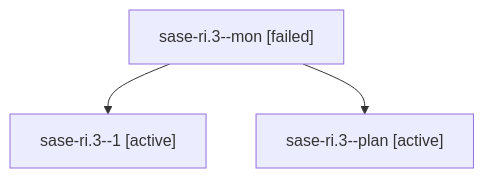
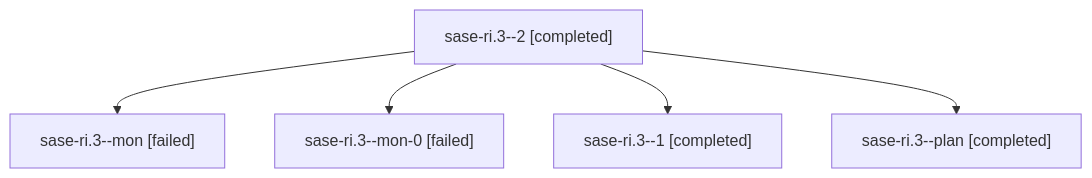
Before and after one commit to sase-org/sase--agents: the diagram in families/bbugyi200.athena.sase-ri.3.md, drawn with Mermaid. The commit also changed other lines of this file and 53 other files, not shown here.

````diff
--- a/families/bbugyi200.athena.sase-ri.3.md
+++ b/families/bbugyi200.athena.sase-ri.3.md
@@ -9,8 +9,12 @@
 ```mermaid
 flowchart TD
-  n0["sase-ri.3--mon [failed]"]
-  n1["sase-ri.3--1 [active]"]
+  n0["sase-ri.3--2 [completed]"]
+  n1["sase-ri.3--mon [failed]"]
   n0 --> n1
-  n2["sase-ri.3--plan [active]"]
+  n2["sase-ri.3--mon-0 [failed]"]
   n0 --> n2
+  n3["sase-ri.3--1 [completed]"]
+  n0 --> n3
+  n4["sase-ri.3--plan [completed]"]
+  n0 --> n4
 ```
````
